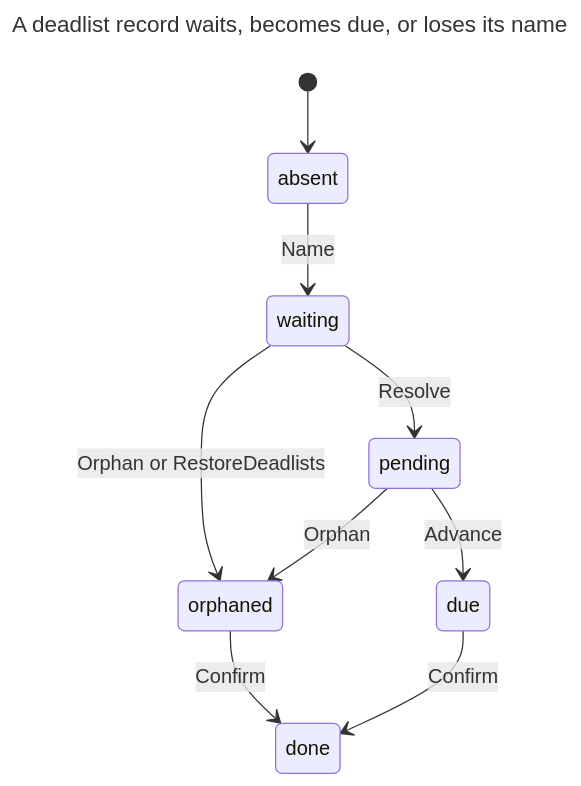
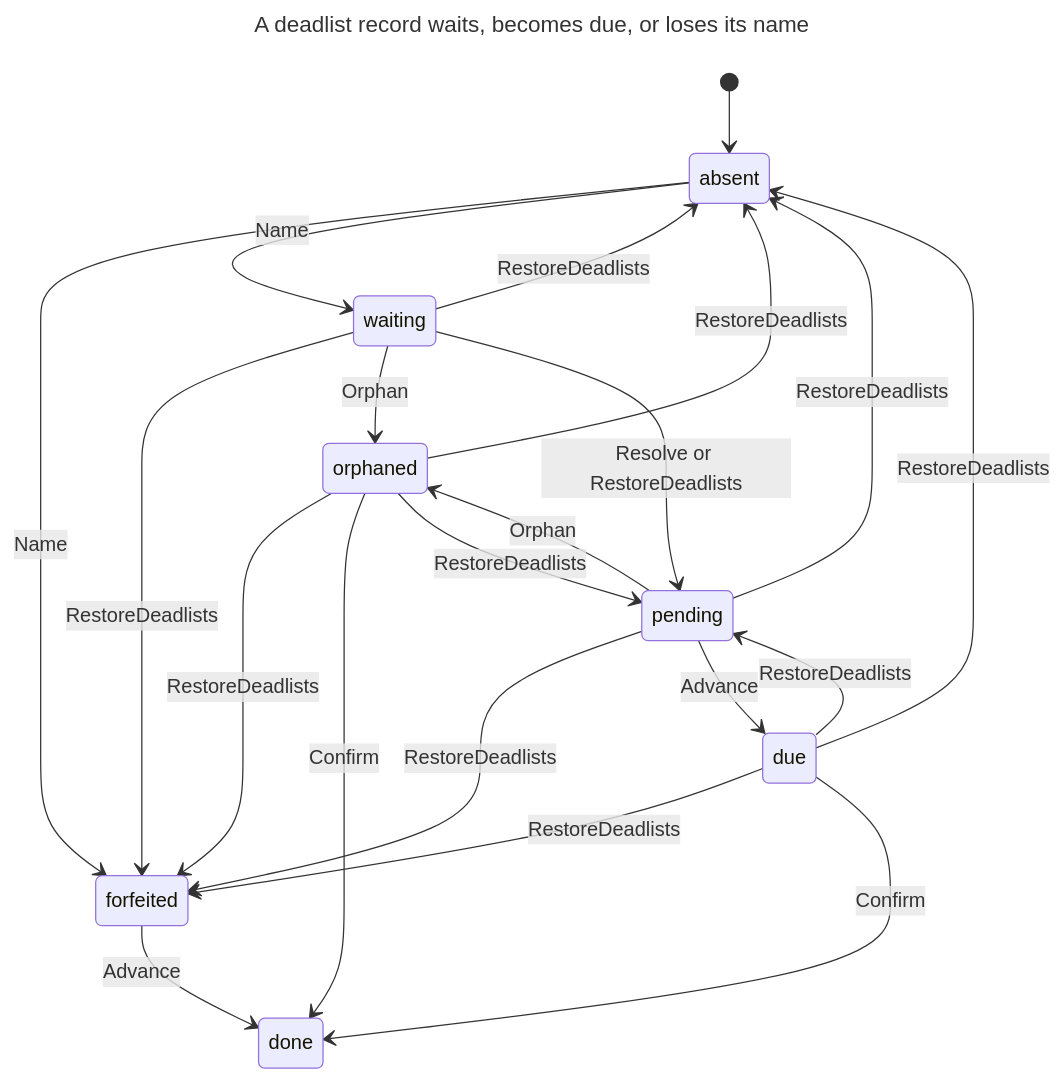
Before and after one commit to s4wave/spacewave: the diagram in core/sobject/world/engine/DeadlistLedgerState.chart.mmd, drawn with Mermaid. The commit also changed 4 other files, not shown here.

```diff
--- a/core/sobject/world/engine/DeadlistLedgerState.chart.mmd
+++ b/core/sobject/world/engine/DeadlistLedgerState.chart.mmd
@@ -1,18 +1,31 @@
 ---
 title: "A deadlist record waits, becomes due, or loses its name"
 ---
 stateDiagram-v2
   s0: absent
-  s1: waiting
-  s2: orphaned
-  s3: pending
-  s4: done
-  s5: due
+  s1: forfeited
+  s2: waiting
+  s3: done
+  s4: orphaned
+  s5: pending
+  s6: due
   [*] --> s0
   s0 --> s1: Name
-  s1 --> s2: Orphan or RestoreDeadlists
-  s1 --> s3: Resolve
-  s2 --> s4: Confirm
-  s3 --> s2: Orphan
-  s3 --> s5: Advance
-  s5 --> s4: Confirm
+  s0 --> s2: Name
+  s1 --> s3: Advance
+  s2 --> s0: RestoreDeadlists
+  s2 --> s1: RestoreDeadlists
+  s2 --> s4: Orphan
+  s2 --> s5: Resolve or RestoreDeadlists
+  s4 --> s0: RestoreDeadlists
+  s4 --> s1: RestoreDeadlists
+  s4 --> s3: Confirm
+  s4 --> s5: RestoreDeadlists
+  s5 --> s0: RestoreDeadlists
+  s5 --> s1: RestoreDeadlists
+  s5 --> s4: Orphan
+  s5 --> s6: Advance
+  s6 --> s0: RestoreDeadlists
+  s6 --> s1: RestoreDeadlists
+  s6 --> s3: Confirm
+  s6 --> s5: RestoreDeadlists
```
